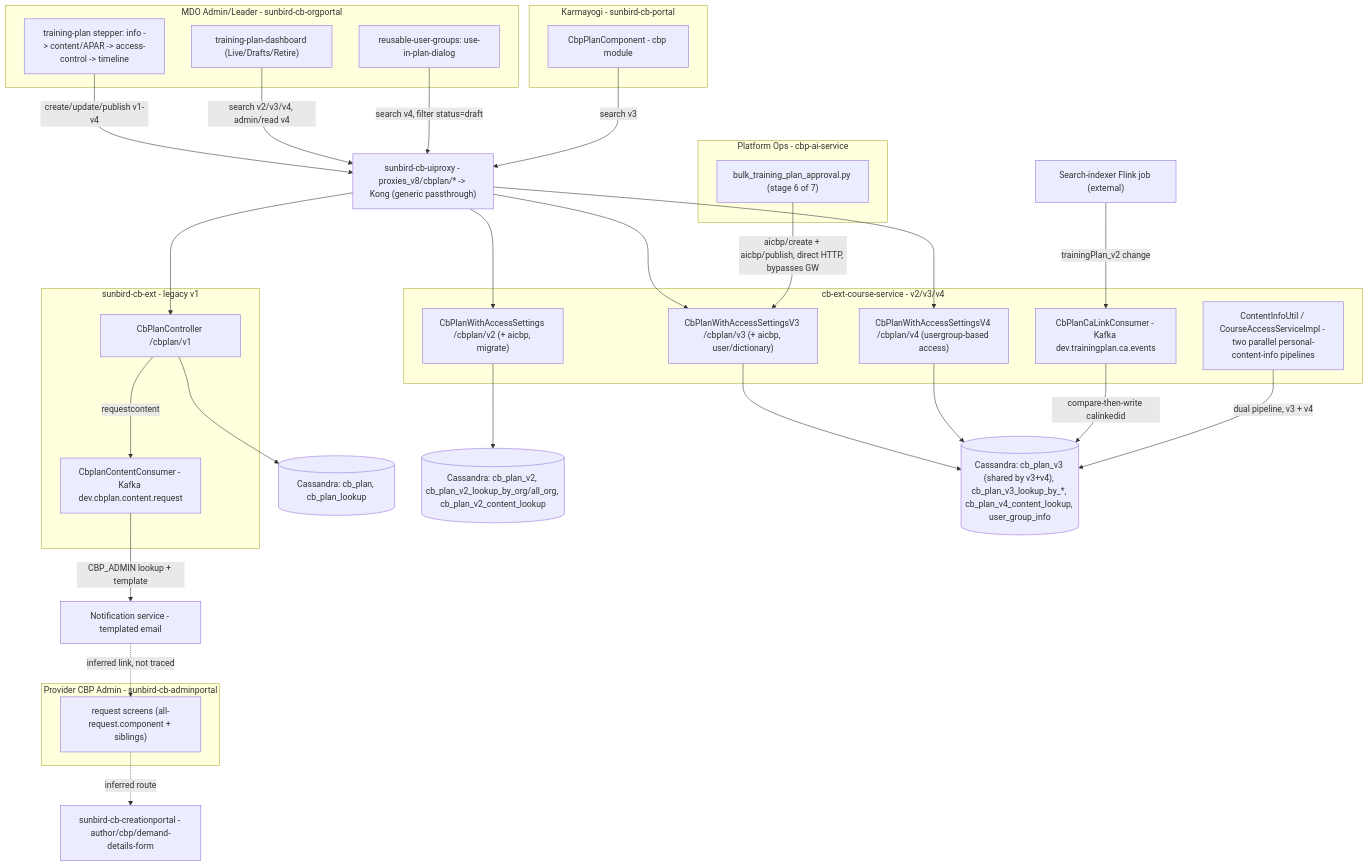
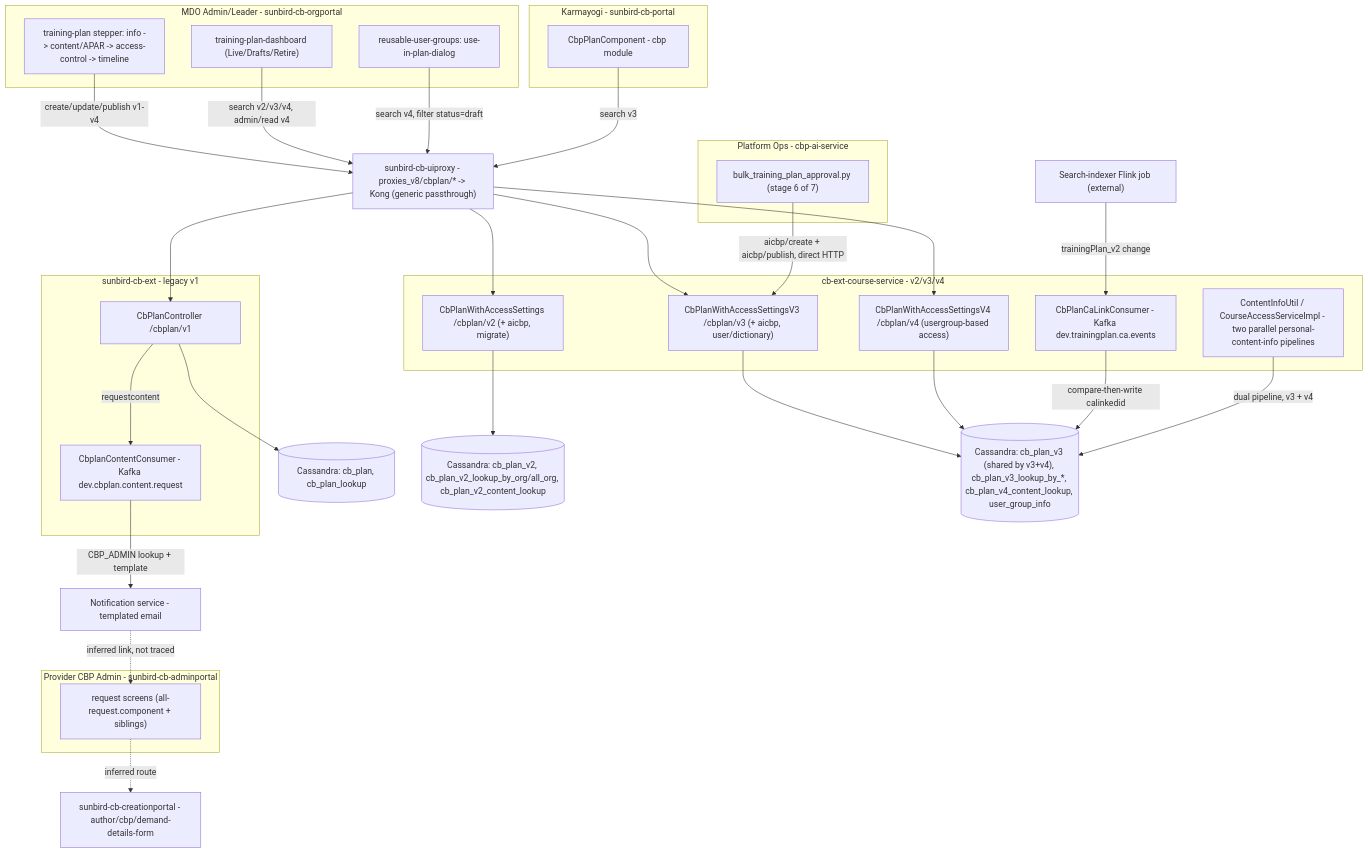
One commit to KB-iGOT/igot-docs changed the diagram in docs/learning-hub/training-plan/hld.md. Above: the diagram before and after it, drawn with Mermaid. The commit also changed other lines of this file and 25 other files, not shown here.

````diff
--- a/docs/learning-hub/training-plan/hld.md
+++ b/docs/learning-hub/training-plan/hld.md
@@ -11,60 +11,60 @@
 ```mermaid
 flowchart TB
     subgraph Author["MDO Admin/Leader - sunbird-cb-orgportal"]
         Stepper["training-plan stepper: info -> content/APAR -> access-control -> timeline"]
         Dash["training-plan-dashboard (Live/Drafts/Retire)"]
         UGD["reusable-user-groups: use-in-plan-dialog"]
     end
 
     subgraph LearnerPortal["Karmayogi - sunbird-cb-portal"]
         CBP["CbpPlanComponent - cbp module"]
     end
 
     subgraph AdminReview["Provider CBP Admin - sunbird-cb-adminportal"]
         ReqScreens["request screens (all-request.component + siblings)"]
     end
 
     GW["sunbird-cb-uiproxy - proxies_v8/cbplan/* -> Kong (generic passthrough)"]
 
     subgraph ExtV1["sunbird-cb-ext - legacy v1"]
         CtlV1["CbPlanController /cbplan/v1"]
         ConsumerReq["CbplanContentConsumer - Kafka dev.cbplan.content.request"]
     end
 
     subgraph CourseSvc["cb-ext-course-service - v2/v3/v4"]
         CtlV2["CbPlanWithAccessSettings /cbplan/v2 (+ aicbp, migrate)"]
         CtlV3["CbPlanWithAccessSettingsV3 /cbplan/v3 (+ aicbp, user/dictionary)"]
         CtlV4["CbPlanWithAccessSettingsV4 /cbplan/v4 (usergroup-based access)"]
         CaLink["CbPlanCaLinkConsumer - Kafka dev.trainingplan.ca.events"]
         CII["ContentInfoUtil / CourseAccessServiceImpl - two parallel personal-content-info pipelines"]
     end
 
     subgraph AIPipeline["Platform Ops - cbp-ai-service"]
         Bulk["bulk_training_plan_approval.py (stage 6 of 7)"]
     end
 
     CassV1[("Cassandra: cb_plan, cb_plan_lookup")]
     CassV2[("Cassandra: cb_plan_v2, cb_plan_v2_lookup_by_org/all_org, cb_plan_v2_content_lookup")]
     CassV34[("Cassandra: cb_plan_v3 (shared by v3+v4), cb_plan_v3_lookup_by_*, cb_plan_v4_content_lookup, user_group_info")]
     Email["Notification service - templated email"]
     Flink["Search-indexer Flink job (external)"]
     CreationForm["sunbird-cb-creationportal - author/cbp/demand-details-form"]
 
     Stepper -->|create/update/publish v1-v4| GW
     Dash -->|search v2/v3/v4, admin/read v4| GW
     UGD -->|search v4, filter status=draft| GW
     CBP -->|search v3| GW
     GW --> CtlV1 & CtlV2 & CtlV3 & CtlV4
     CtlV1 --> CassV1
     CtlV1 -->|requestcontent| ConsumerReq
     ConsumerReq -->|CBP_ADMIN lookup + template| Email
     Email -.->|inferred link, not traced| ReqScreens
     ReqScreens -.->|inferred route| CreationForm
     CtlV2 --> CassV2
     CtlV3 --> CassV34
     CtlV4 --> CassV34
     Flink -->|trainingPlan_v2 change| CaLink
     CaLink -->|compare-then-write calinkedid| CassV34
     CII -->|dual pipeline, v3 + v4| CassV34
-    Bulk -->|aicbp/create + aicbp/publish, direct HTTP, bypasses GW| CtlV3
+    Bulk -->|aicbp/create + aicbp/publish, direct HTTP| CtlV3
 ```
````
